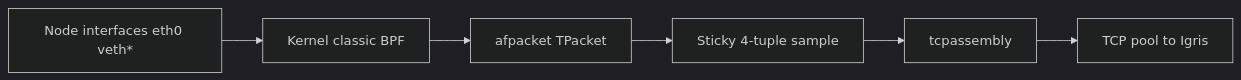
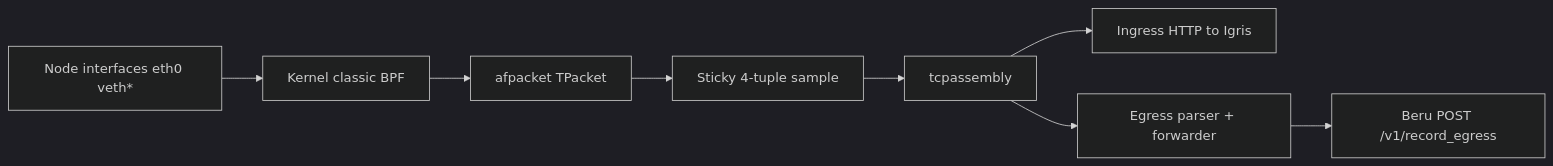
One commit to nederrgo/shadow-diff changed the sixth of 7 diagrams in ARCHITECTURE.md. Above: the diagram before and after it, drawn with Mermaid (dark theme). The commit also changed other lines of this file and 1 other file, not shown here.

````diff
--- a/ARCHITECTURE.md
+++ b/ARCHITECTURE.md
@@ -232,8 +269,10 @@
 ```mermaid
 flowchart LR
   wire[Node interfaces eth0 veth*] --> bpf[Kernel classic BPF]
   bpf --> tpacket[afpacket TPacket]
   tpacket --> sample[Sticky 4-tuple sample]
   sample --> asm[tcpassembly]
-  asm --> pool[TCP pool to Igris]
+  asm --> ingress[Ingress HTTP to Igris]
+  asm --> egress[Egress parser + forwarder]
+  egress --> beruHTTP[Beru POST /v1/record_egress]
 ```
````
